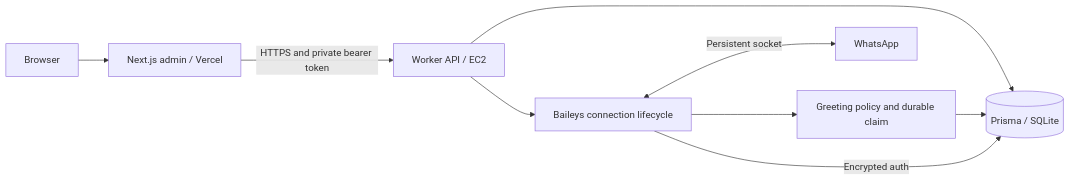
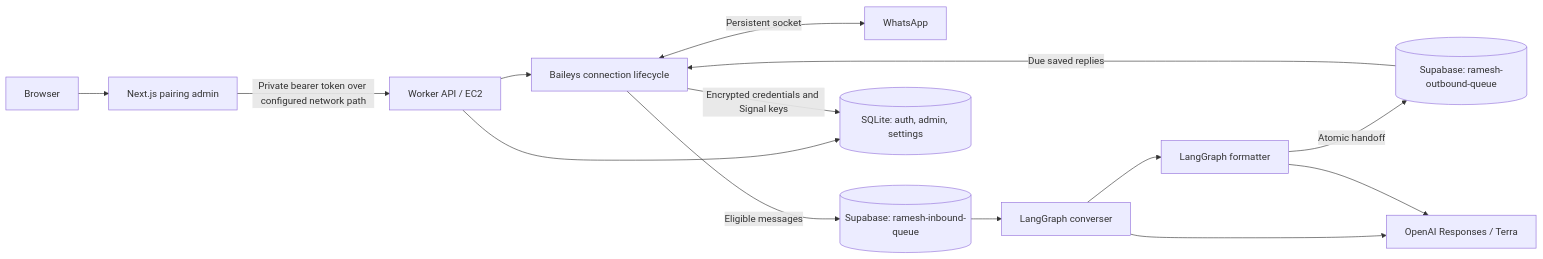
The diagram in docs/architecture.md (rs0125/ramesh-bot), drawn with Mermaid before and after one commit. The commit also changed other lines of this file and 7 other files, not shown here.

Commit message:
docs: synchronize Ramesh architecture, queues, MCP, and operations

````diff
--- a/docs/architecture.md
+++ b/docs/architecture.md
@@ -5,11 +5,15 @@
 ```mermaid
 flowchart LR
-  Browser --> Admin[Next.js admin / Vercel]
-  Admin -->|HTTPS and private bearer token| API[Worker API / EC2]
+  Browser --> Admin[Next.js pairing admin]
+  Admin -->|Private bearer token over configured network path| API[Worker API / EC2]
   API --> Lifecycle[Baileys connection lifecycle]
-  Lifecycle --> Greeting[Greeting policy and durable claim]
   Lifecycle <-->|Persistent socket| WhatsApp
-  API --> DB[(Prisma / SQLite)]
-  Greeting --> DB
-  Lifecycle -->|Encrypted auth| DB
+  Lifecycle -->|Eligible messages| IN[(Supabase: ramesh-inbound-queue)]
+  IN --> Converser[LangGraph converser]
+  Converser --> Formatter[LangGraph formatter]
+  Formatter -->|Atomic handoff| OUT[(Supabase: ramesh-outbound-queue)]
+  OUT -->|Due saved replies| Lifecycle
+  Converser & Formatter --> OpenAI[OpenAI Responses / Terra]
+  API --> Local[(SQLite: auth, admin, settings)]
+  Lifecycle -->|Encrypted credentials and Signal keys| Local
 ```
````
